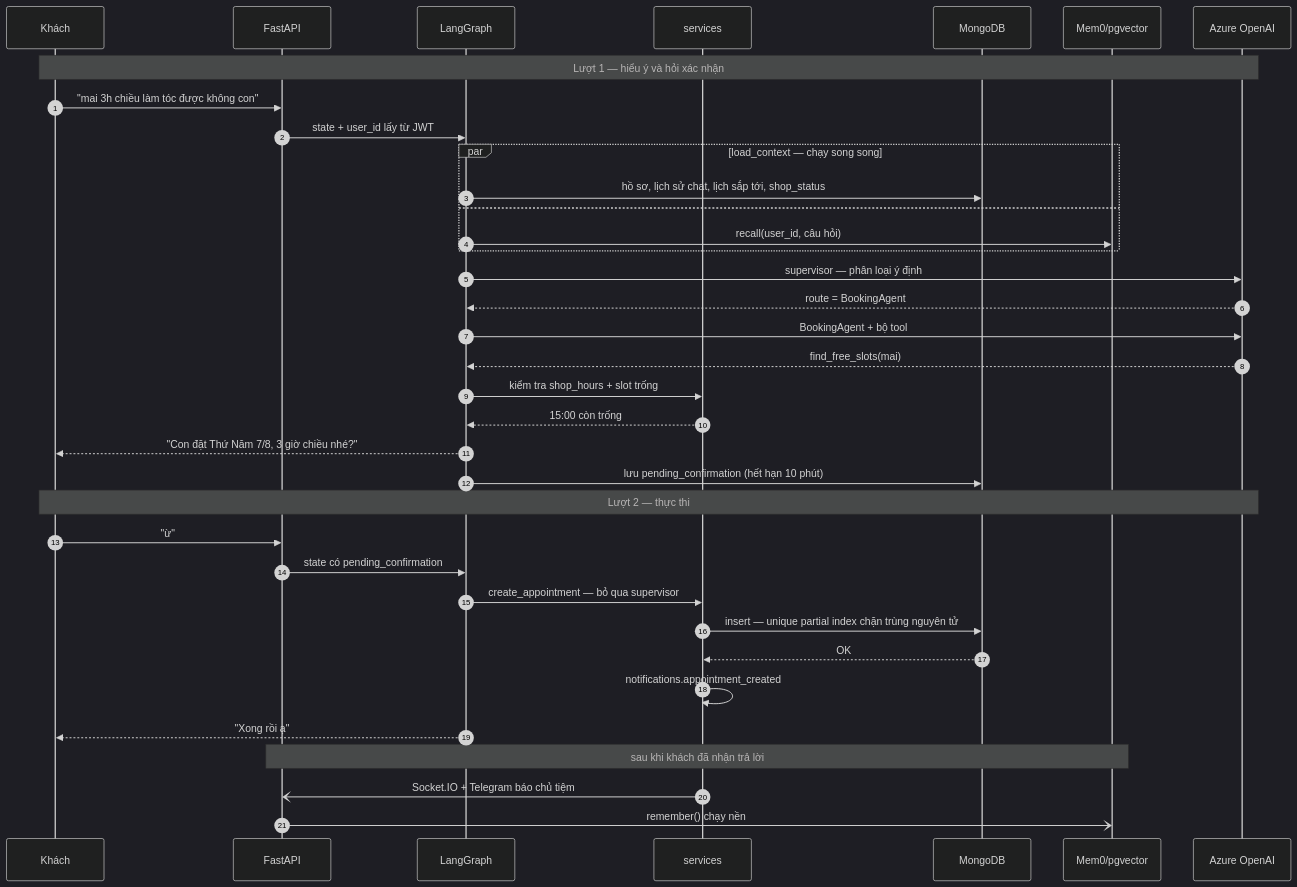
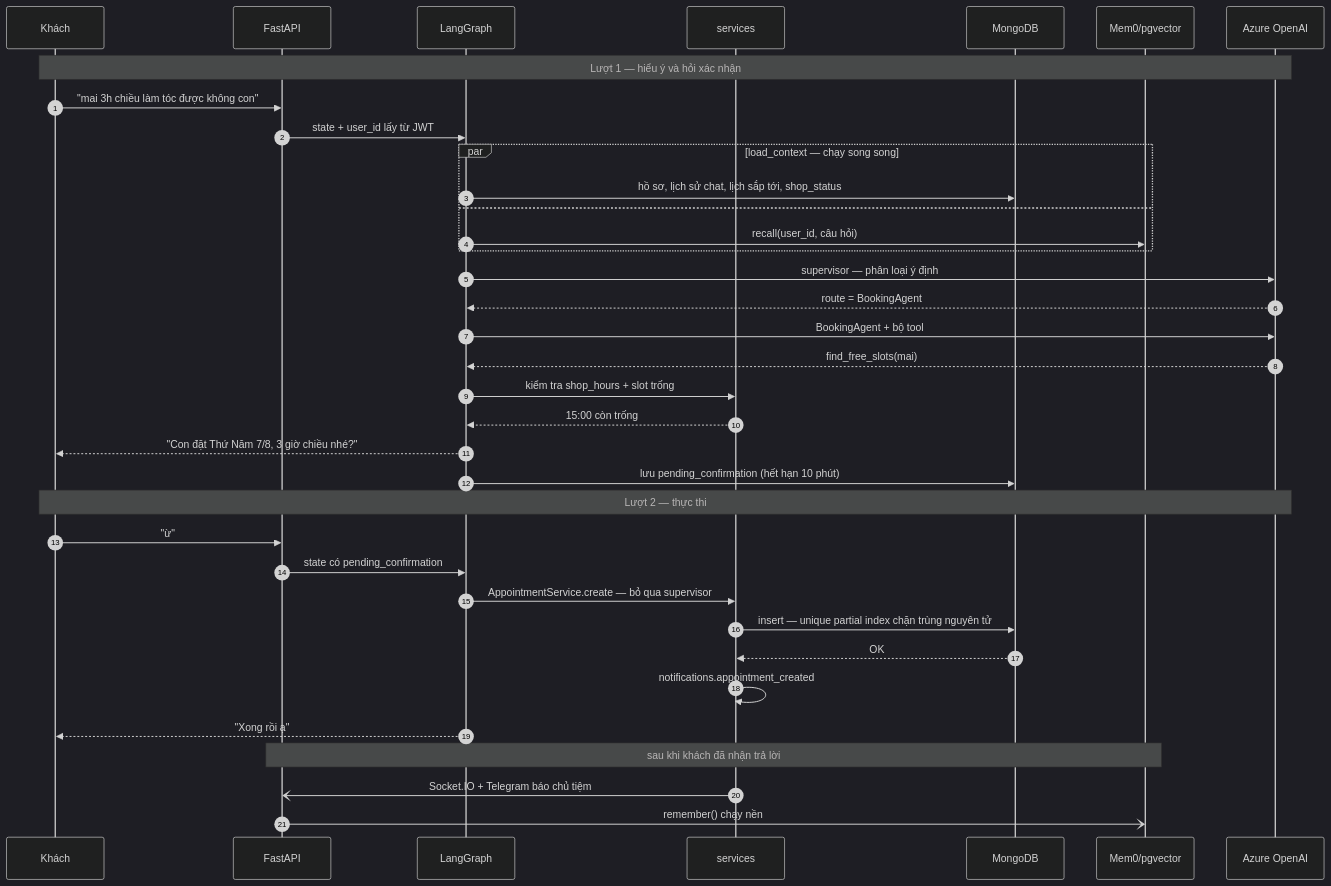
One commit to BuiHenry1404/salona-booking changed the fourth of 4 diagrams in docs/superpowers/specs/2026-08-06-booking-nail-toc/01-architecture.md. Above: the diagram before and after it, drawn with Mermaid (dark theme). The commit also changed 19 other files, not shown here.

First line of the commit message:
docs: booking flow via propose+confirm, absolute finish times, VN time parser

````diff
--- a/docs/superpowers/specs/2026-08-06-booking-nail-toc/01-architecture.md
+++ b/docs/superpowers/specs/2026-08-06-booking-nail-toc/01-architecture.md
@@ -194,41 +194,41 @@
 ```mermaid
 sequenceDiagram
     autonumber
     participant K as Khách
     participant API as FastAPI
     participant G as LangGraph
     participant S as services
     participant M as MongoDB
     participant V as Mem0/pgvector
     participant AZ as Azure OpenAI
 
     Note over K,AZ: Lượt 1 — hiểu ý và hỏi xác nhận
     K->>API: "mai 3h chiều làm tóc được không con"
     API->>G: state + user_id lấy từ JWT
     par load_context — chạy song song
         G->>M: hồ sơ, lịch sử chat, lịch sắp tới, shop_status
     and
         G->>V: recall(user_id, câu hỏi)
     end
     G->>AZ: supervisor — phân loại ý định
     AZ-->>G: route = BookingAgent
     G->>AZ: BookingAgent + bộ tool
     AZ-->>G: find_free_slots(mai)
     G->>S: kiểm tra shop_hours + slot trống
     S-->>G: 15:00 còn trống
     G-->>K: "Con đặt Thứ Năm 7/8, 3 giờ chiều nhé?"
     G->>M: lưu pending_confirmation (hết hạn 10 phút)
 
     Note over K,AZ: Lượt 2 — thực thi
     K->>API: "ừ"
     API->>G: state có pending_confirmation
-    G->>S: create_appointment — bỏ qua supervisor
+    G->>S: AppointmentService.create — bỏ qua supervisor
     S->>M: insert — unique partial index chặn trùng nguyên tử
     M-->>S: OK
     S->>S: notifications.appointment_created
     G-->>K: "Xong rồi ạ"
 
     Note over API,V: sau khi khách đã nhận trả lời
     S-)API: Socket.IO + Telegram báo chủ tiệm
     API-)V: remember() chạy nền
 ```
````
